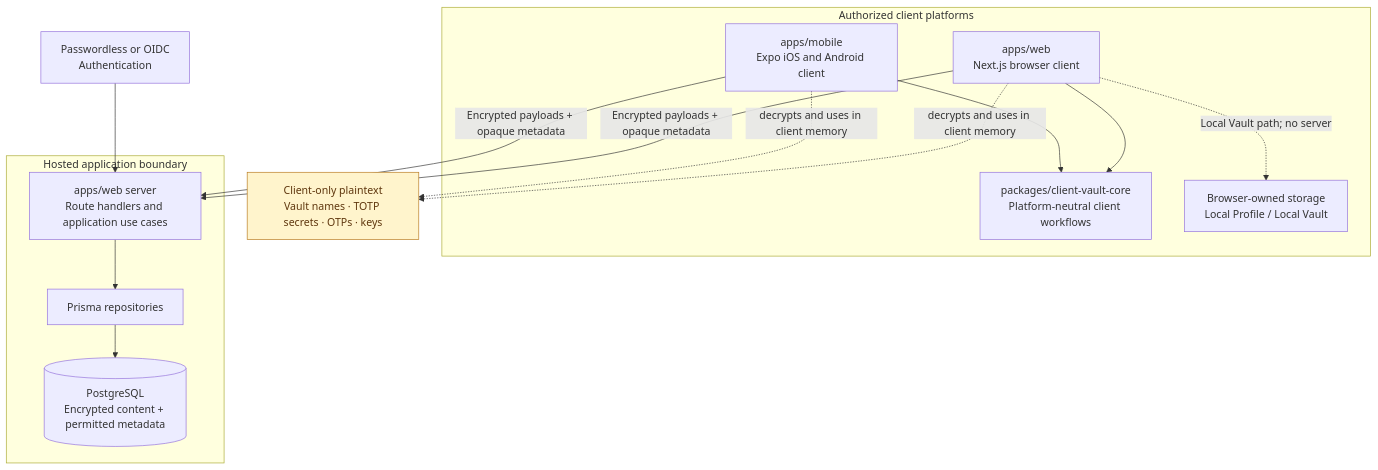
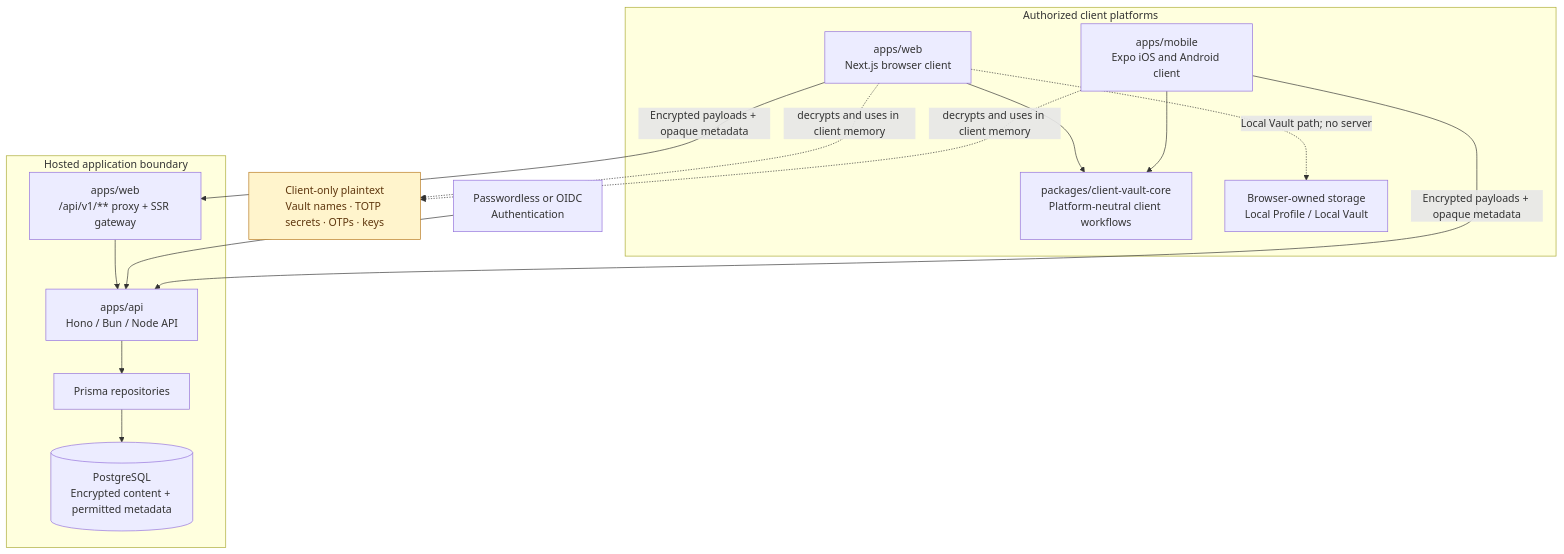
Before and after one commit to arrokh/rhasia-scret: the diagram in README.md, drawn with Mermaid. The commit also changed other lines of this file and 671 other files, not shown here.

````diff
--- a/README.md
+++ b/README.md
@@ -33,29 +35,31 @@
 ```mermaid
 flowchart TB
     subgraph clients["Authorized client platforms"]
         browser["apps/web<br/>Next.js browser client"]
         mobile["apps/mobile<br/>Expo iOS and Android client"]
         core["packages/client-vault-core<br/>Platform-neutral client workflows"]
         local["Browser-owned storage<br/>Local Profile / Local Vault"]
         browser --> core
         mobile --> core
         browser -. "Local Vault path; no server" .-> local
     end
 
     subgraph hosted["Hosted application boundary"]
-        routes["apps/web server<br/>Route handlers and application use cases"]
+        api["apps/api<br/>Hono / Bun / Node API"]
         prisma["Prisma repositories"]
         database[("PostgreSQL<br/>Encrypted content + permitted metadata")]
-        routes --> prisma --> database
+        proxy["apps/web<br/>/api/v1/** proxy + SSR gateway"]
+        proxy --> api
+        api --> prisma --> database
     end
 
-    auth["Passwordless or OIDC<br/>Authentication"] --> routes
-    browser -- "Encrypted payloads + opaque metadata" --> routes
-    mobile -- "Encrypted payloads + opaque metadata" --> routes
+    auth["Passwordless or OIDC<br/>Authentication"] --> api
+    browser -- "Encrypted payloads + opaque metadata" --> proxy
+    mobile -- "Encrypted payloads + opaque metadata" --> api
     plaintext["Client-only plaintext<br/>Vault names · TOTP secrets · OTPs · keys"]:::clientOnly
     browser -. "decrypts and uses in client memory" .-> plaintext
     mobile -. "decrypts and uses in client memory" .-> plaintext
 
     classDef clientOnly fill:#fff4cc,stroke:#b7791f,color:#5f370e;
     classDef hosted fill:#edf2f7,stroke:#4a5568,color:#1a202c;
 ```
````
